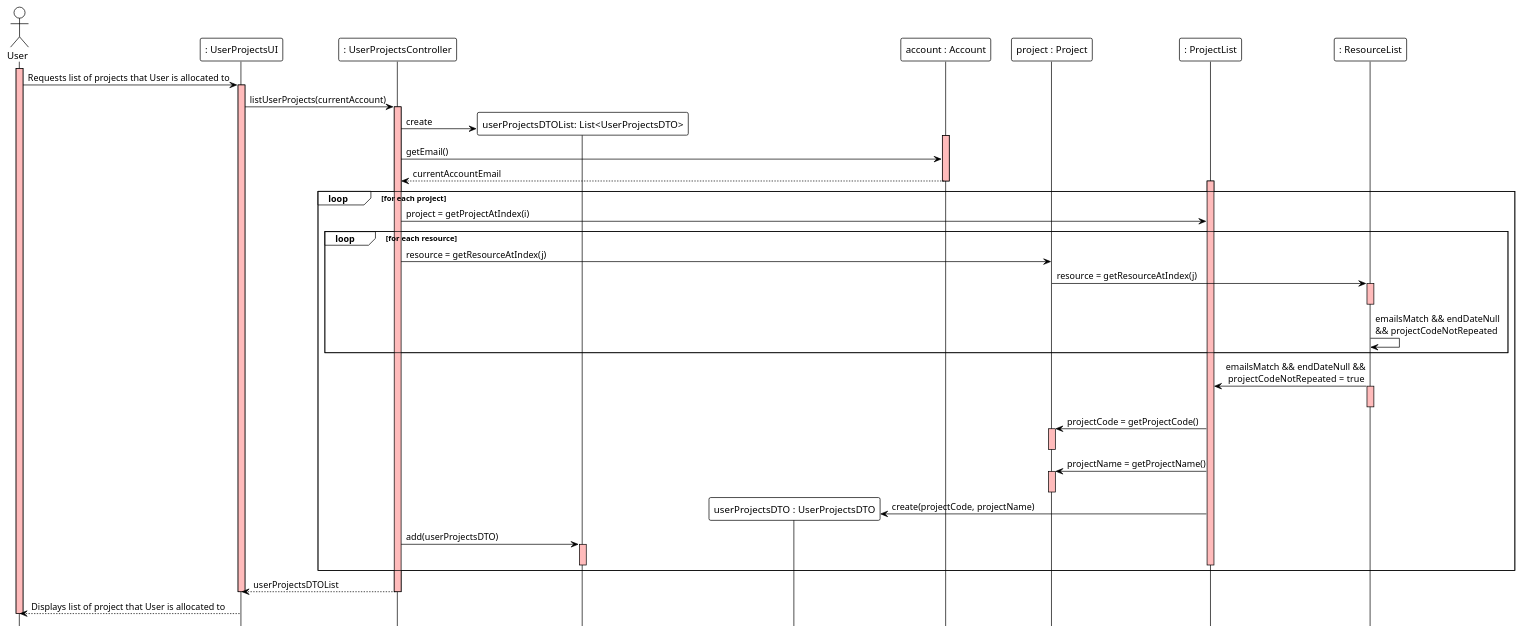
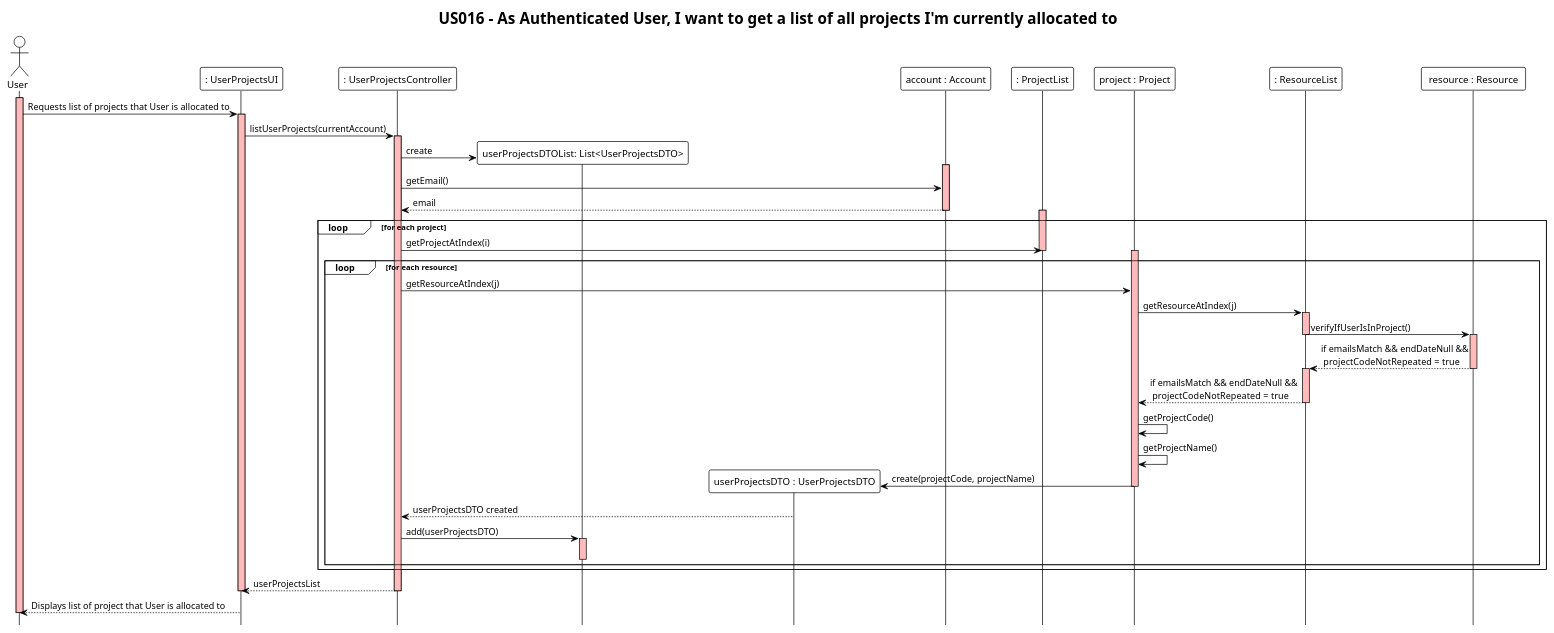
Before and after one commit to ivo-menezes/project_g3: the diagram in docs/modelling_design/user_stories/us016/US016_ListOfUserProjectsSD.puml, drawn with PlantUML. The commit also changed 2 other files, not shown here.

Commit message:
US016 : Design : Updated US016_ListOfUserProjectsSD, US016_ListOfUserProjectsCD and US016_RequirementsEngineering

```diff
--- a/docs/modelling_design/user_stories/us016/US016_ListOfUserProjectsSD.puml
+++ b/docs/modelling_design/user_stories/us016/US016_ListOfUserProjectsSD.puml
@@ -1,70 +1,76 @@
 @startuml
 !theme plain
 hide footbox
+title "US016 - As Authenticated User, I want to get a list of all projects I'm currently allocated to"
 
 actor User as User
 participant ": UserProjectsUI" as UI
 participant ": UserProjectsController" as Controller
 participant "userProjectsDTOList: List<UserProjectsDTO>" as DTOList
 participant "userProjectsDTO : UserProjectsDTO" as DTO
 participant "account : Account" as account
+participant ": ProjectList" as ProjectList
 participant "project : Project" as Project
-participant ": ProjectList" as ProjectList
 participant ": ResourceList" as ResourceList
+participant " resource : Resource " as resource
 
 activate User #FFBBBB
 User ->  UI: Requests list of projects that User is allocated to
 
 activate UI #FFBBBB
 UI -> Controller: listUserProjects(currentAccount)
 
 activate Controller #FFBBBB
 Controller -> DTOList ** : create
 
 activate account #FFBBBB
 Controller -> account: getEmail()
-account --> Controller: currentAccountEmail
+account --> Controller: email
 deactivate account
 
 group loop [for each project]
 activate ProjectList #FFBBBB
-Controller -> ProjectList : project = getProjectAtIndex(i)
+Controller -> ProjectList : getProjectAtIndex(i)
+deactivate ProjectList
 
 loop for each resource
-Controller -> Project : resource = getResourceAtIndex(j)
-Project -> ResourceList : resource = getResourceAtIndex(j)
+
+activate Project #FFBBBB
+Controller -> Project : getResourceAtIndex(j)
+Project -> ResourceList : getResourceAtIndex(j)
 activate ResourceList #FFBBBB
+
+ResourceList -> resource : verifyIfUserIsInProject()
+deactivate ResourceList
+
+activate resource #FFBBBB
+resource --> ResourceList  : if emailsMatch && endDateNull &&\n projectCodeNotRepeated  = true
+deactivate resource
+
+activate ResourceList #FFBBBB
+ResourceList --> Project  : if emailsMatch && endDateNull &&\n projectCodeNotRepeated  = true
 deactivate ResourceList
 
 
-ResourceList -> ResourceList : emailsMatch && endDateNull\n&& projectCodeNotRepeated
+Project -> Project : getProjectCode()
+Project -> Project : getProjectName()
 
-end
-
-ResourceList -> ProjectList : emailsMatch && endDateNull &&\n projectCodeNotRepeated  = true
-activate ResourceList #FFBBBB
-deactivate ResourceList
-
-ProjectList -> Project : projectCode = getProjectCode()
-activate Project #FFBBBB
+Project -> DTO ** : create(projectCode, projectName)
 deactivate Project
 
-ProjectList -> Project : projectName = getProjectName()
-activate Project #FFBBBB
-deactivate Project
-
-ProjectList -> DTO ** : create(projectCode, projectName)
+DTO --> Controller : userProjectsDTO created
 
 Controller -> DTOList : add(userProjectsDTO)
 activate DTOList #FFBBBB
 deactivate DTOList
-deactivate ProjectList
 end
 
-Controller --> UI : userProjectsDTOList
+end
+
+Controller --> UI : userProjectsList
 deactivate Controller
 deactivate UI
 
 UI --> User: Displays list of project that User is allocated to
 deactivate User #FFBBBB
 @enduml
```
